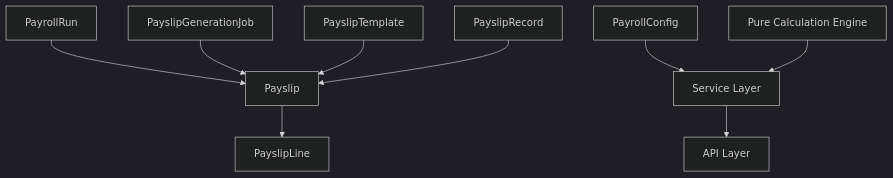
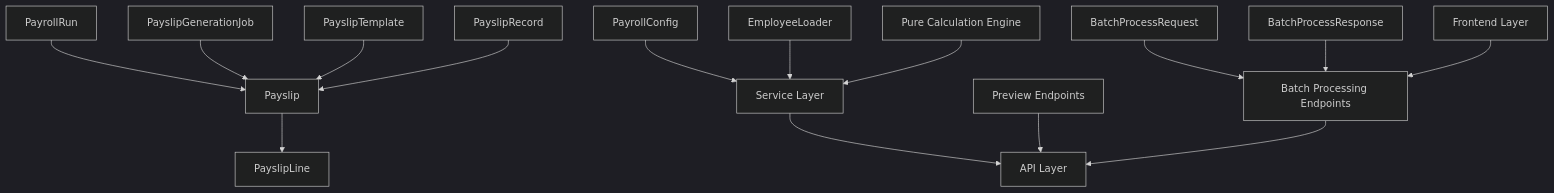
Before and after one commit to bikinaplikasipakeqoder-dot/payroll-hris: the second of 12 diagrams in .qoder/repowiki/en/content/Payroll Processing.md, drawn with Mermaid (dark theme). The commit also changed other lines of this file and 4 other files, not shown here.

````diff
--- a/.qoder/repowiki/en/content/Payroll Processing.md
+++ b/.qoder/repowiki/en/content/Payroll Processing.md
@@ -173,21 +203,33 @@
 ```mermaid
 graph TB
 PR["PayrollRun"]
 PS["Payslip"]
 PL["PayslipLine"]
 PJ["PayslipGenerationJob"]
 PT["PayslipTemplate"]
 PRC["PayslipRecord"]
 PC["PayrollConfig"]
+EL["EmployeeLoader"]
+BPR["BatchProcessRequest"]
+BPRSP["BatchProcessResponse"]
 CALC["Pure Calculation Engine"]
 SERVICE["Service Layer"]
 API["API Layer"]
+PREVIEW["Preview Endpoints"]
+BATCH["Batch Processing Endpoints"]
+FRONTEND["Frontend Layer"]
 PR --> PS
 PS --> PL
 PJ --> PS
 PT --> PS
 PRC --> PS
 PC --> SERVICE
+EL --> SERVICE
+BPR --> BATCH
+BPRSP --> BATCH
 CALC --> SERVICE
 SERVICE --> API
+PREVIEW --> API
+BATCH --> API
+FRONTEND --> BATCH
 ```
````
